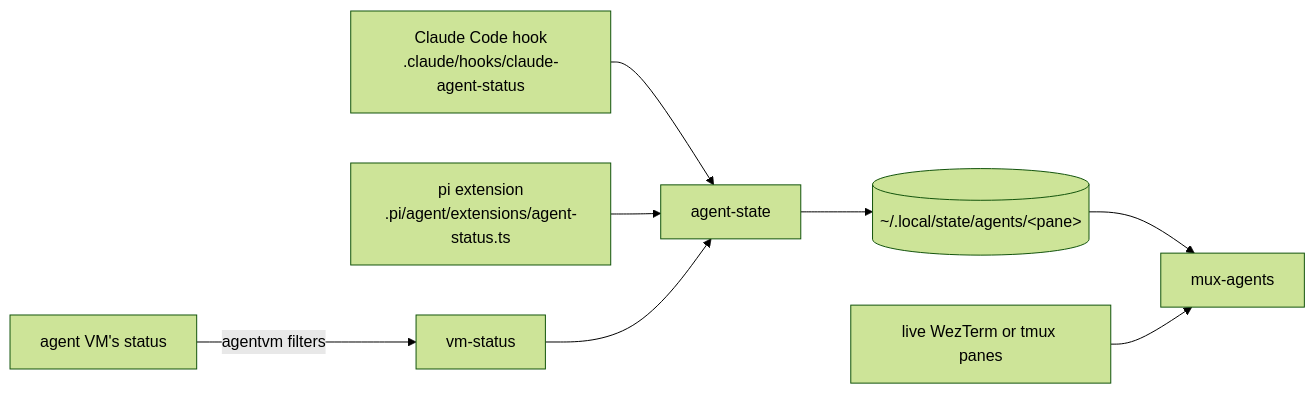
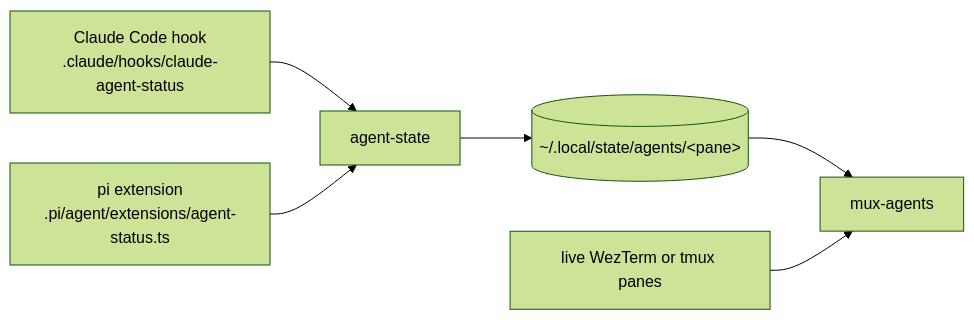
Before and after one commit to frmarkus/dotfiles-xkef: the diagram in modules/agents/README.md, drawn with Mermaid (forest theme). The commit also changed other lines of this file and 63 other files, not shown here.

````diff
--- a/modules/agents/README.md
+++ b/modules/agents/README.md
@@ -42,9 +26,8 @@
 ```mermaid
 flowchart LR
   hook[Claude Code hook<br/>.claude/hooks/claude-agent-status] --> state[agent-state]
   ext[pi extension<br/>.pi/agent/extensions/agent-status.ts] --> state
   state --> files[("~/.local/state/agents/&lt;pane&gt;")]
-  vm[agent VM's status] -- agentvm filters --> status[vm-status] --> state
   files --> picker[mux-agents]
   panes[live WezTerm or tmux panes] --> picker
 ```
````
